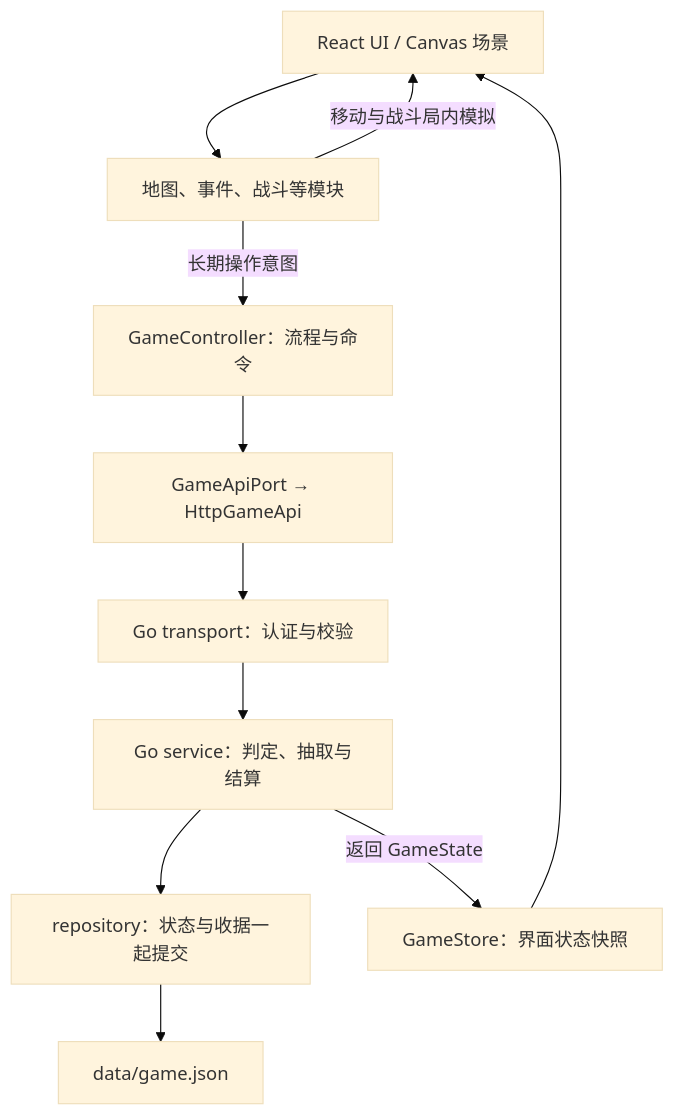
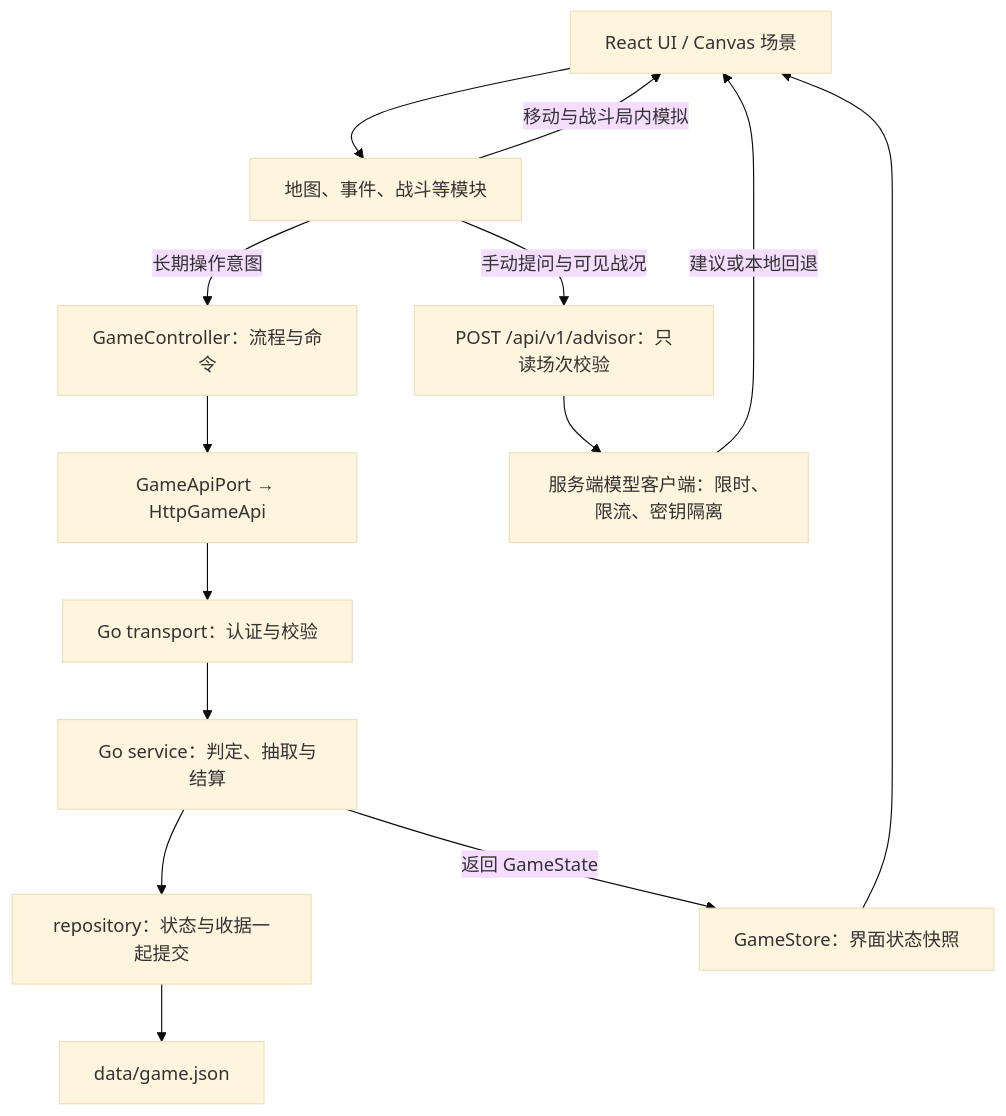
The first of 2 diagrams in docs/ARCHITECTURE.md (2972536029-glitch/stray-kitty), drawn with Mermaid (base theme) before and after one commit. The commit also changed other lines of this file and 34 other files, not shown here.

````diff
--- a/docs/ARCHITECTURE.md
+++ b/docs/ARCHITECTURE.md
@@ -7,13 +7,16 @@
 ```mermaid
 flowchart TD
   View["React UI / Canvas 场景"] --> Module["地图、事件、战斗等模块"]
   Module -->|移动与战斗局内模拟| View
   Module -->|长期操作意图| Controller["GameController：流程与命令"]
   Controller --> HTTP["GameApiPort → HttpGameApi"]
   HTTP --> Transport["Go transport：认证与校验"]
   Transport --> Service["Go service：判定、抽取与结算"]
   Service --> Repository["repository：状态与收据一起提交"]
   Repository --> Save["data/game.json"]
   Service -->|返回 GameState| Store["GameStore：界面状态快照"]
   Store --> View
+  Module -->|手动提问与可见战况| Advisor["POST /api/v1/advisor：只读场次校验"]
+  Advisor --> Model["服务端模型客户端：限时、限流、密钥隔离"]
+  Model -->|建议或本地回退| View
 ```
````
